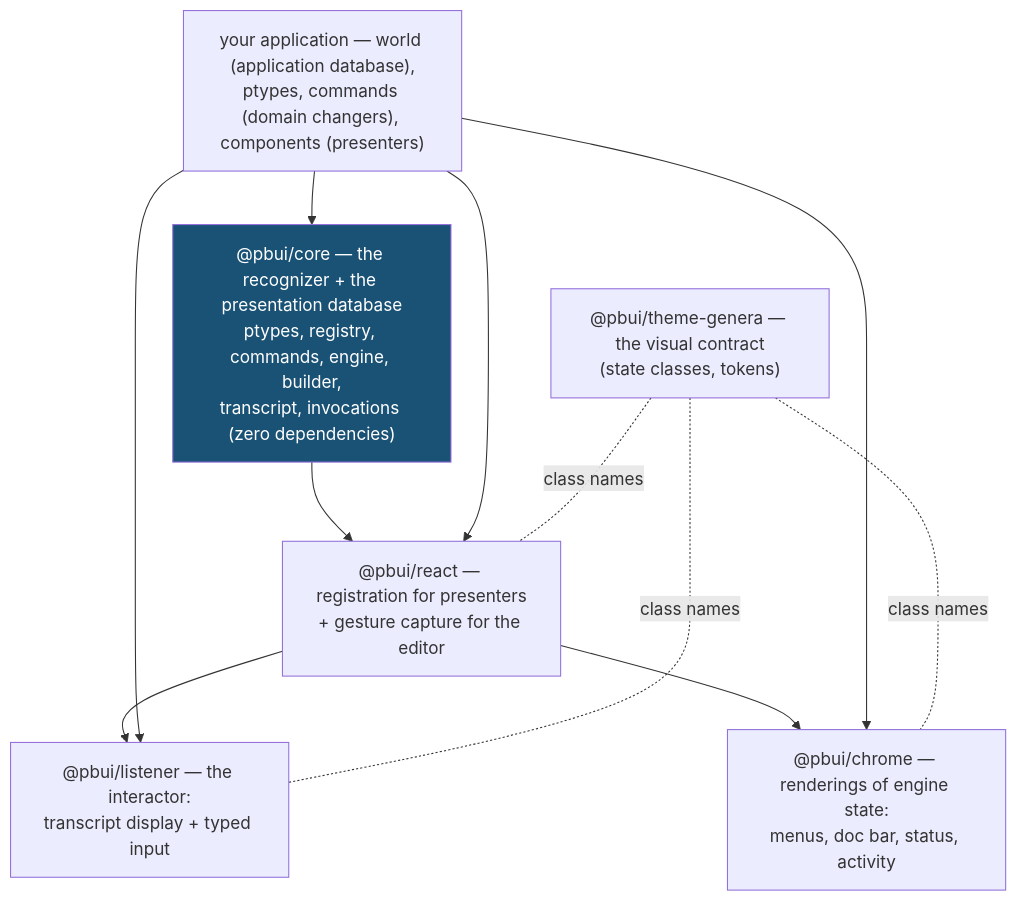
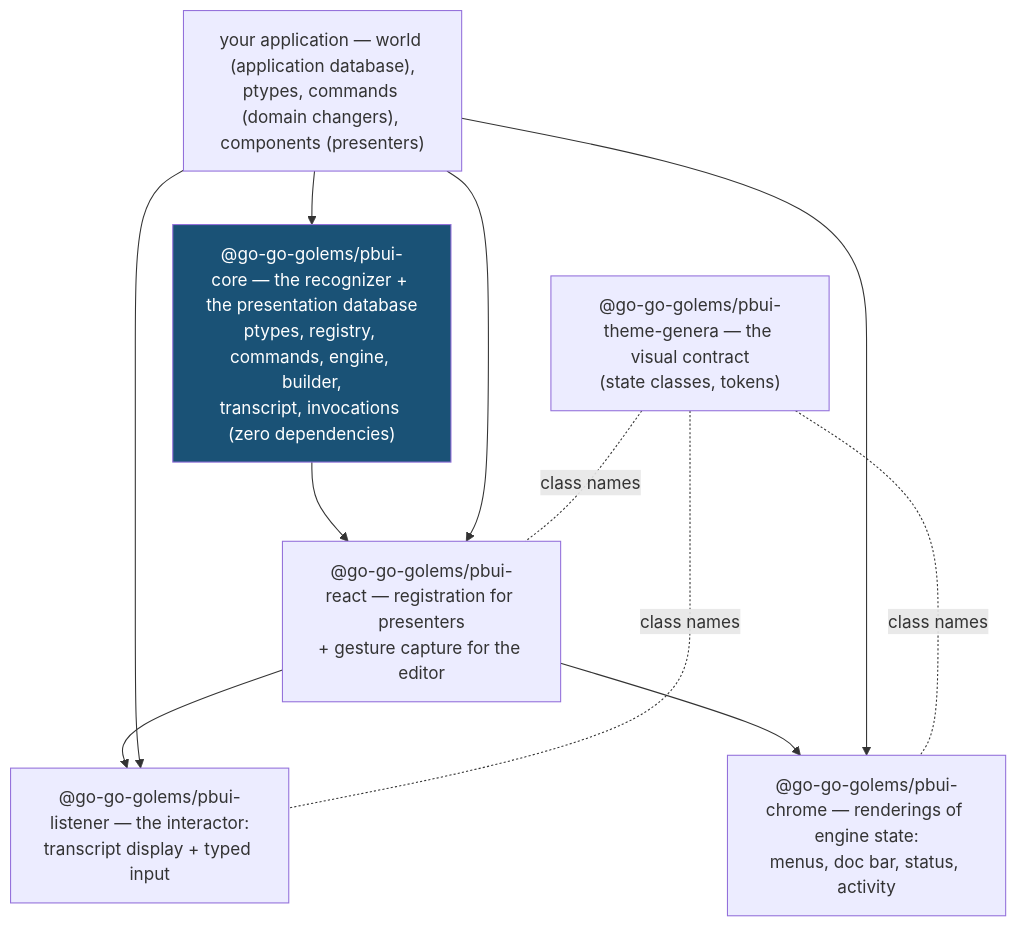
Before and after one commit to go-go-golems/react-pbui: the second of 3 diagrams in docs/user-guide.md, drawn with Mermaid. The commit also changed other lines of this file and 44 other files, not shown here.

````diff
--- a/docs/user-guide.md
+++ b/docs/user-guide.md
@@ -210,15 +210,15 @@
 ```mermaid
 flowchart TD
-    CORE["@pbui/core — the recognizer + the presentation database<br/>ptypes, registry, commands, engine, builder,<br/>transcript, invocations (zero dependencies)"]
-    REACT["@pbui/react — registration for presenters<br/>+ gesture capture for the editor"]
-    LIS["@pbui/listener — the interactor:<br/>transcript display + typed input"]
-    CHR["@pbui/chrome — renderings of engine state:<br/>menus, doc bar, status, activity"]
-    THEME["@pbui/theme-genera — the visual contract<br/>(state classes, tokens)"]
+    CORE["@go-go-golems/pbui-core — the recognizer + the presentation database<br/>ptypes, registry, commands, engine, builder,<br/>transcript, invocations (zero dependencies)"]
+    REACT["@go-go-golems/pbui-react — registration for presenters<br/>+ gesture capture for the editor"]
+    LIS["@go-go-golems/pbui-listener — the interactor:<br/>transcript display + typed input"]
+    CHR["@go-go-golems/pbui-chrome — renderings of engine state:<br/>menus, doc bar, status, activity"]
+    THEME["@go-go-golems/pbui-theme-genera — the visual contract<br/>(state classes, tokens)"]
     APP["your application — world (application database),<br/>ptypes, commands (domain changers), components (presenters)"]
     CORE --> REACT
     REACT --> LIS
     REACT --> CHR
     APP --> CORE & REACT & LIS & CHR
     THEME -.class names.- REACT & LIS & CHR
     style CORE fill:#1a5276,color:#fff
 ```
````
